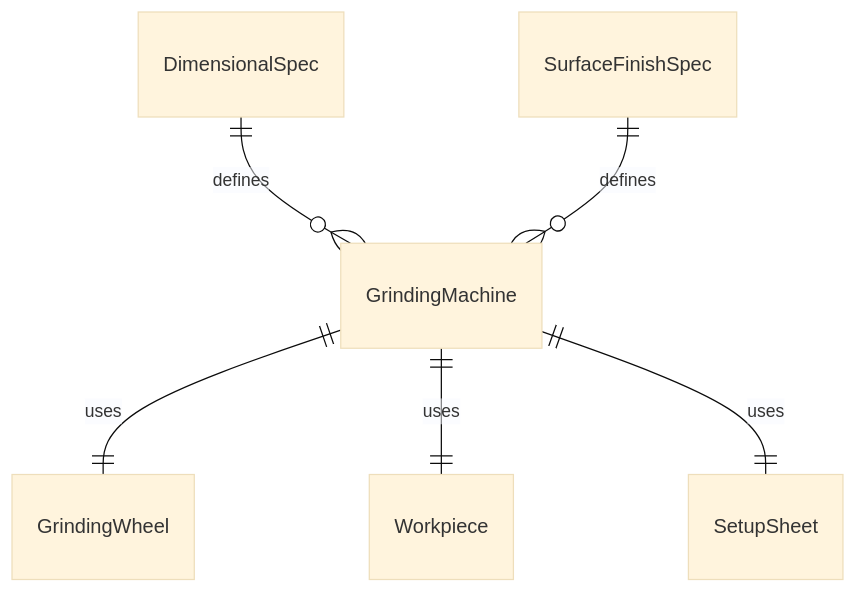
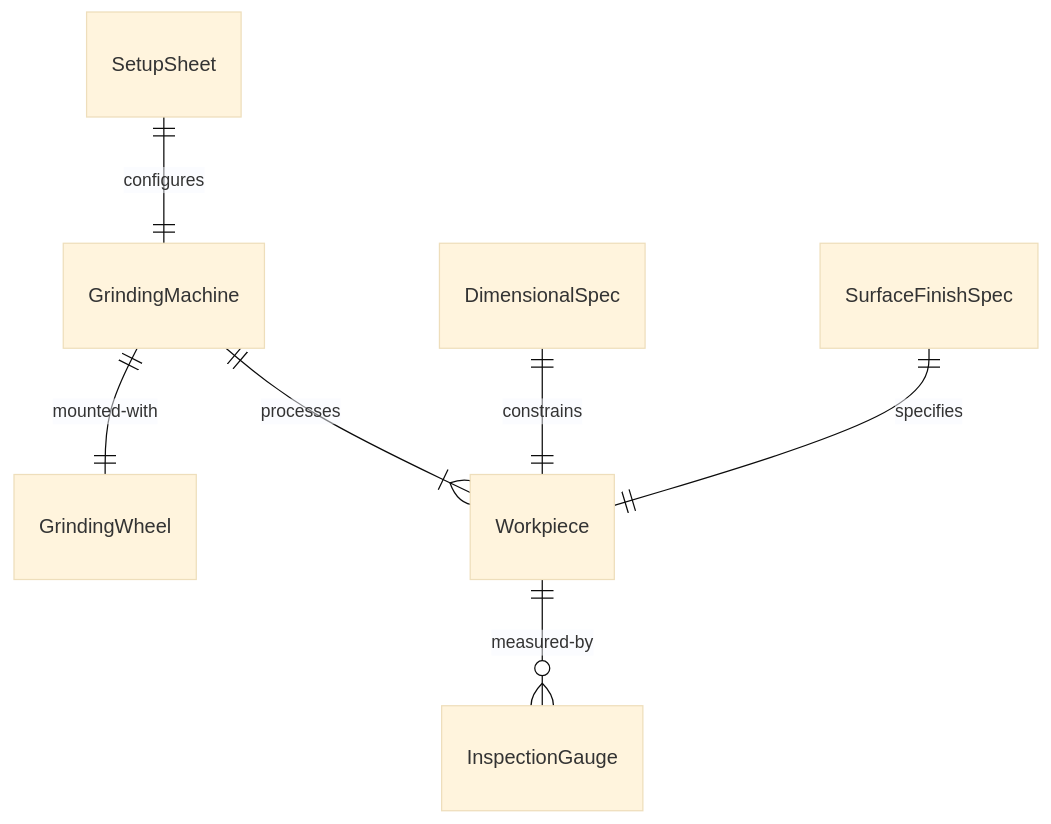
Before and after one commit to dot-org-ai/tasks.org.ai: the first of 4 diagrams in HandlingAndMovingObjects/SmoothSurfacesOfObjectsOrEquipment/GrindPartsRequiredDimensions.mdx, drawn with Mermaid (base theme). The commit also changed other lines of this file and 515 other files, not shown here.

````diff
--- a/HandlingAndMovingObjects/SmoothSurfacesOfObjectsOrEquipment/GrindPartsRequiredDimensions.mdx
+++ b/HandlingAndMovingObjects/SmoothSurfacesOfObjectsOrEquipment/GrindPartsRequiredDimensions.mdx
@@ -86,8 +86,9 @@
 ```mermaid
 erDiagram
-    GrindingMachine ||--|| GrindingWheel : "uses"
-    GrindingMachine ||--|| Workpiece : "uses"
-    DimensionalSpec ||--o{ GrindingMachine : "defines"
-    SurfaceFinishSpec ||--o{ GrindingMachine : "defines"
-    GrindingMachine ||--|| SetupSheet : "uses"
+    GrindingMachine ||--|| GrindingWheel : "mounted-with"
+    GrindingMachine ||--|{ Workpiece : "processes"
+    DimensionalSpec ||--|| Workpiece : "constrains"
+    SurfaceFinishSpec ||--|| Workpiece : "specifies"
+    SetupSheet ||--|| GrindingMachine : "configures"
+    Workpiece ||--o{ InspectionGauge : "measured-by"
 ```
````
